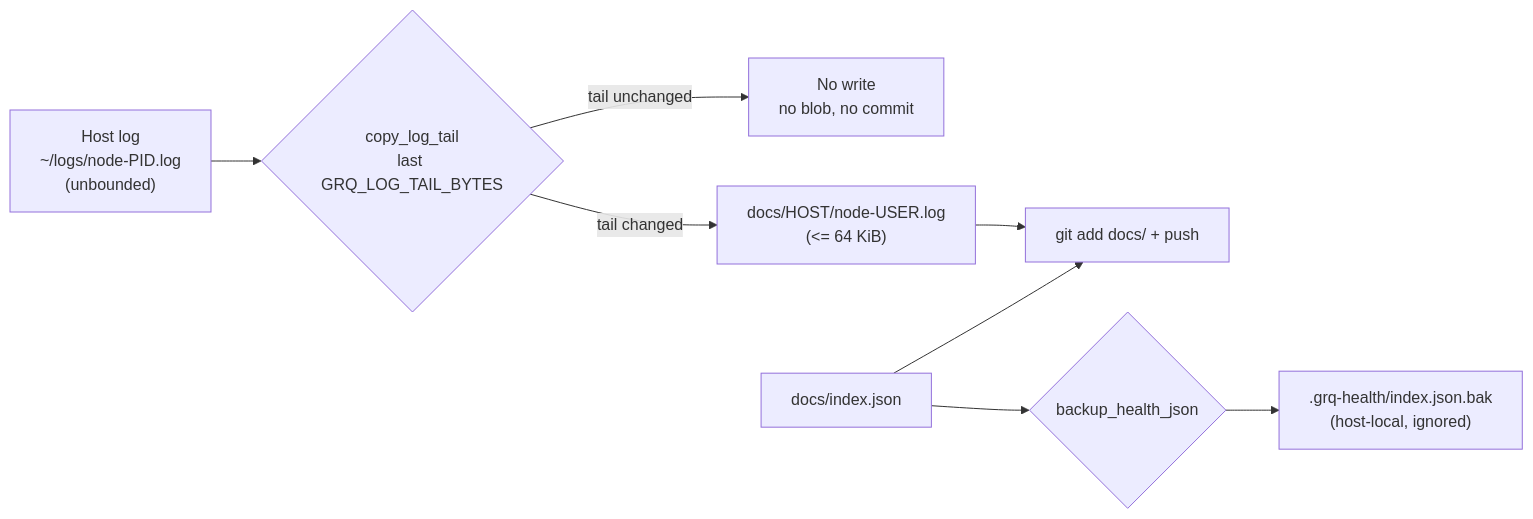
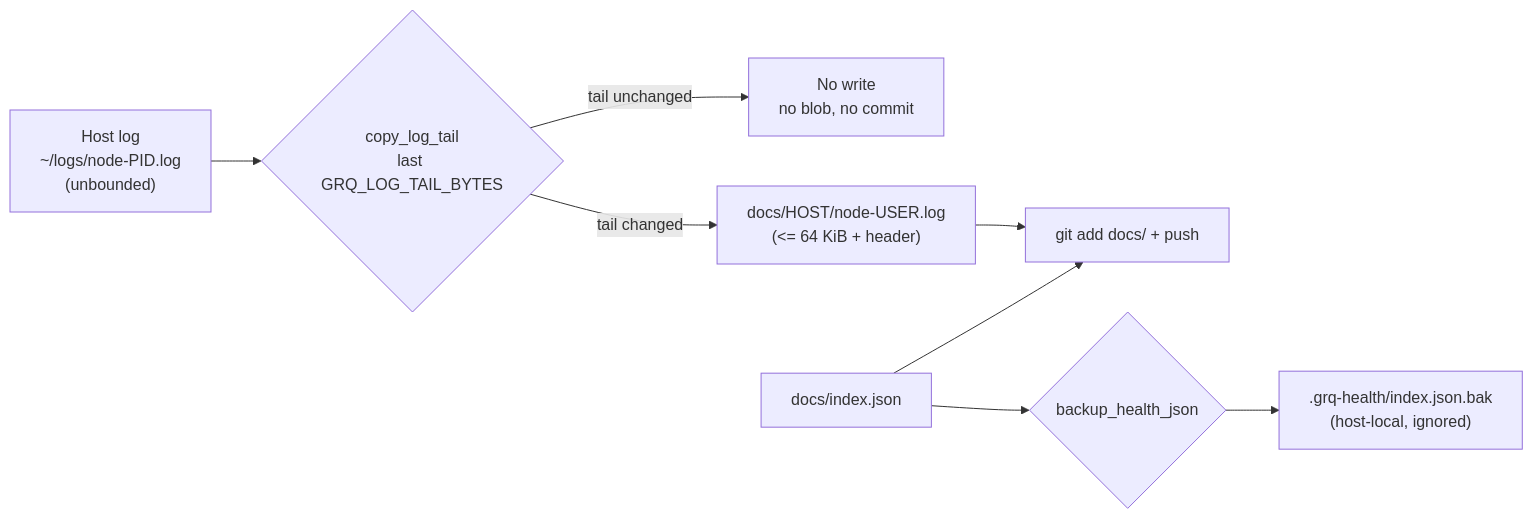
One commit to stSoftwareAU/GRQ-health changed the diagram in docs/archive/pr-summaries/pr-summary-211.md. Above: the diagram before and after it, drawn with Mermaid. The commit also changed other lines of this file and 9 other files, not shown here.

````diff
--- a/docs/archive/pr-summaries/pr-summary-211.md
+++ b/docs/archive/pr-summaries/pr-summary-211.md
@@ -56,10 +89,10 @@
 ```mermaid
 flowchart LR
     A["Host log<br/>~/logs/node-PID.log<br/>(unbounded)"] --> B{"copy_log_tail<br/>last GRQ_LOG_TAIL_BYTES"}
     B -->|tail unchanged| C["No write<br/>no blob, no commit"]
-    B -->|tail changed| D["docs/HOST/node-USER.log<br/>(&lt;= 64 KiB)"]
+    B -->|tail changed| D["docs/HOST/node-USER.log<br/>(&lt;= 64 KiB + header)"]
     D --> E["git add docs/ + push"]
     F["docs/index.json"] --> G{"backup_health_json"}
     G --> H[".grq-health/index.json.bak<br/>(host-local, ignored)"]
     F --> E
 ```
````
